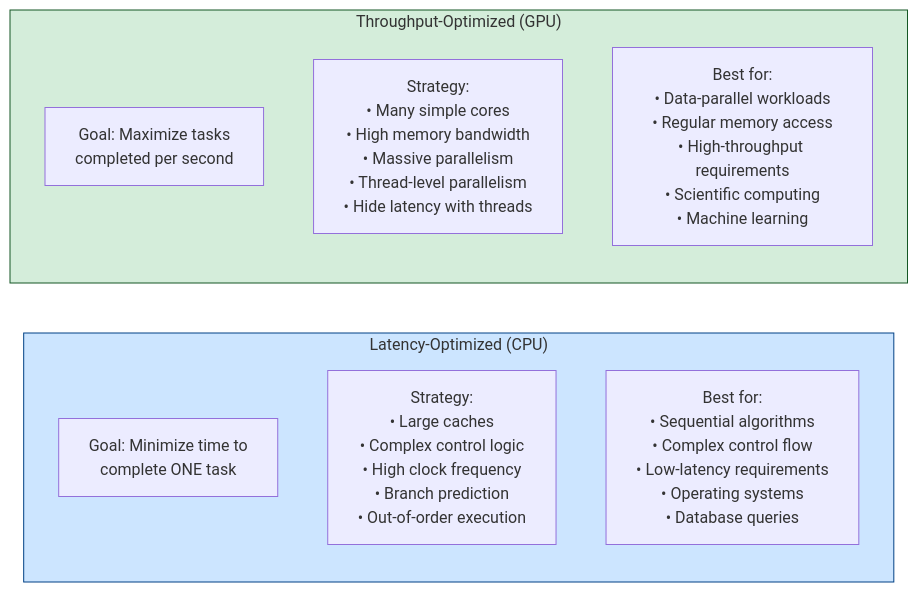
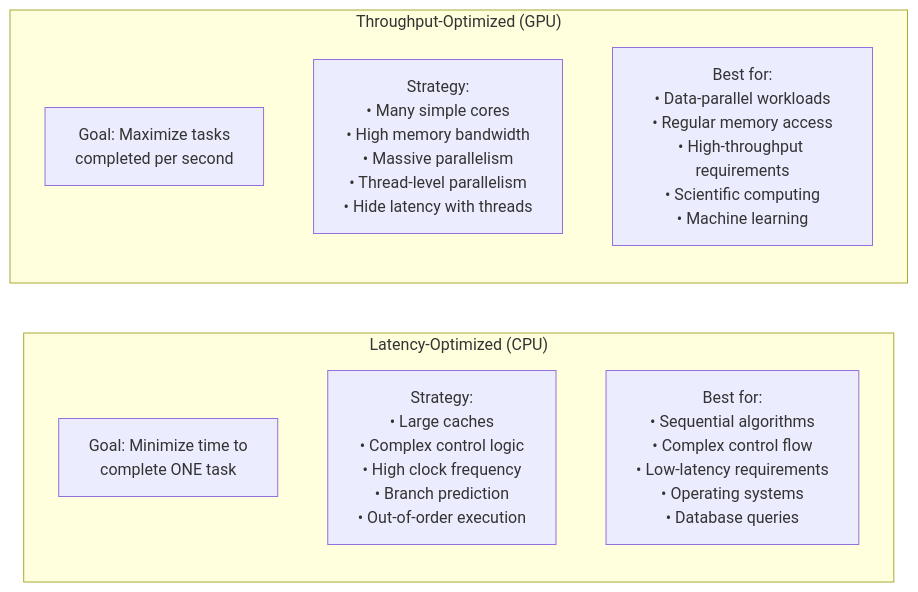
One commit to alirezaazadi/renoir changed the first of 45 diagrams in docs/GPU_MAP_OPERATOR.md. Above: the diagram before and after it, drawn with Mermaid. The commit also changed other lines of this file, not shown here.

Commit message:
doc: fix the mermaid charts issues

````diff
--- a/docs/GPU_MAP_OPERATOR.md
+++ b/docs/GPU_MAP_OPERATOR.md
@@ -115,19 +115,16 @@
 ```mermaid
 flowchart LR
     subgraph CPU_OPT["Latency-Optimized (CPU)"]
         direction TB
-        CPU_GOAL["Goal: Minimize time to\ncomplete ONE task"]
-        CPU_STRAT["Strategy:\n• Large caches\n• Complex control logic\n• High clock frequency\n• Branch prediction\n• Out-of-order execution"]
-        CPU_BEST["Best for:\n• Sequential algorithms\n• Complex control flow\n• Low-latency requirements\n• Operating systems\n• Database queries"]
+        CPU_GOAL["Goal: Minimize time to<br/>complete ONE task"]
+        CPU_STRAT["Strategy:<br/>• Large caches<br/>• Complex control logic<br/>• High clock frequency<br/>• Branch prediction<br/>• Out-of-order execution"]
+        CPU_BEST["Best for:<br/>• Sequential algorithms<br/>• Complex control flow<br/>• Low-latency requirements<br/>• Operating systems<br/>• Database queries"]
     end
 
     subgraph GPU_OPT["Throughput-Optimized (GPU)"]
         direction TB
-        GPU_GOAL["Goal: Maximize tasks\ncompleted per second"]
-        GPU_STRAT["Strategy:\n• Many simple cores\n• High memory bandwidth\n• Massive parallelism\n• Thread-level parallelism\n• Hide latency with threads"]
-        GPU_BEST["Best for:\n• Data-parallel workloads\n• Regular memory access\n• High-throughput requirements\n• Scientific computing\n• Machine learning"]
+        GPU_GOAL["Goal: Maximize tasks<br/>completed per second"]
+        GPU_STRAT["Strategy:<br/>• Many simple cores<br/>• High memory bandwidth<br/>• Massive parallelism<br/>• Thread-level parallelism<br/>• Hide latency with threads"]
+        GPU_BEST["Best for:<br/>• Data-parallel workloads<br/>• Regular memory access<br/>• High-throughput requirements<br/>• Scientific computing<br/>• Machine learning"]
     end
-
-    style CPU_OPT fill:#cce5ff,stroke:#004085
-    style GPU_OPT fill:#d4edda,stroke:#155724
 ```
````
